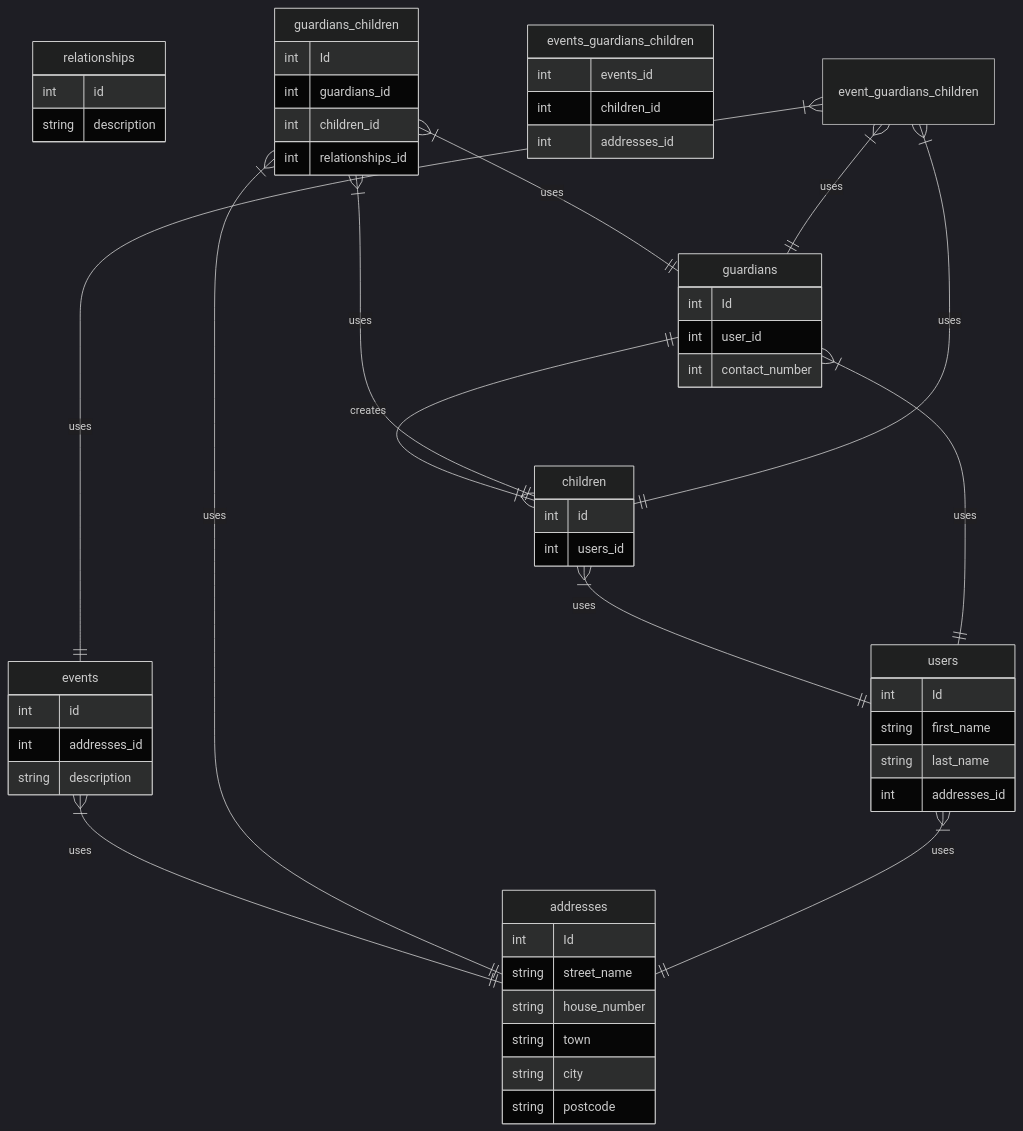
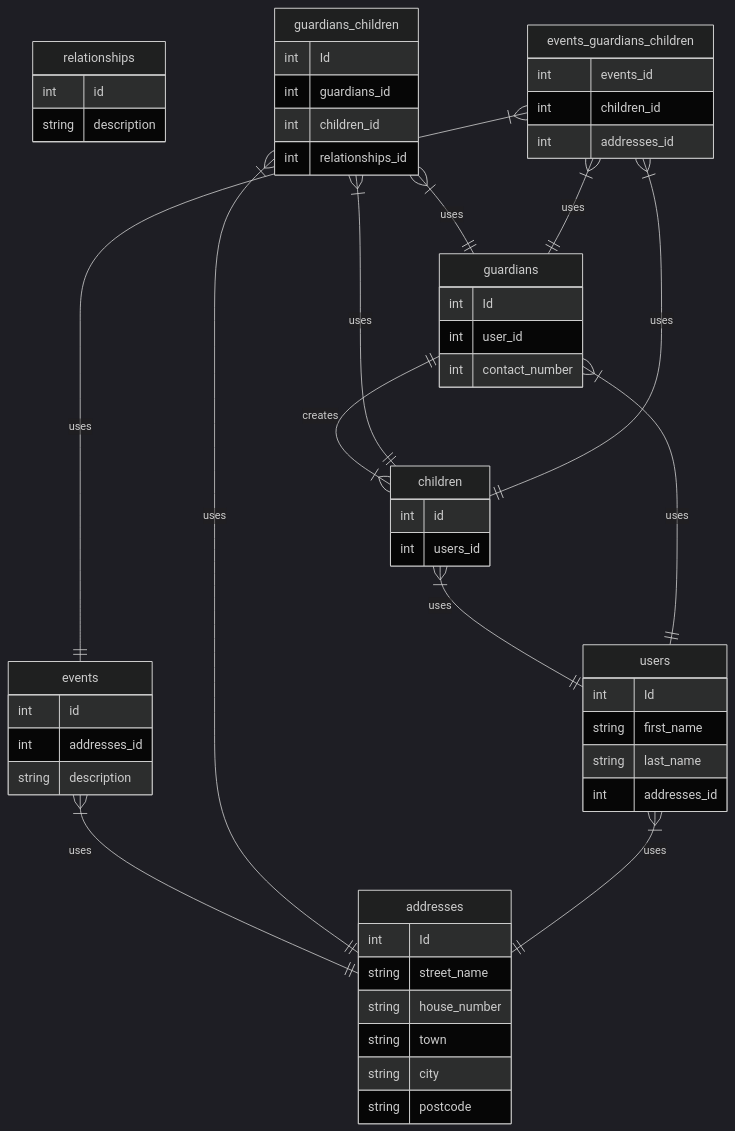
One commit to ChrisUno/Childcare changed the second of 2 diagrams in README.md. Above: the diagram before and after it, drawn with Mermaid.

````diff
--- a/README.md
+++ b/README.md
@@ -59,62 +59,62 @@
 ``` mermaid
 %%{init: {'theme': 'dark' } }%%
 
 erDiagram
 
     guardians {
         int Id
         int user_id
         int contact_number
     }
     relationships {
         int id
         string description
     }
     children {
         int id
         int users_id
     }
     guardians_children {
         int Id
         int guardians_id
         int children_id
         int relationships_id
     }
     events {
         int id
         int addresses_id
         string description
     }
     events_guardians_children {
         int events_id
         int children_id
         int addresses_id
     }
     addresses {
         int Id
         string street_name
         string house_number
         string town
         string city
         string postcode
     }
     users {
         int Id
         string first_name
         string last_name
         int addresses_id
     }
 
     guardians ||--|{ children: "creates"
     children }|--|| users: "uses"
     events }|--|| addresses: "uses"
     guardians }|--|| users: "uses"
     guardians_children }|--|| guardians: "uses"
     guardians_children }|--|| children: "uses"
     guardians_children }|--|| addresses: "uses"
     users }|--|| addresses: "uses"
-    event_guardians_children }|--|| guardians: "uses"
-    event_guardians_children }|--|| events: "uses"
-    event_guardians_children }|--|| children: "uses"
+    events_guardians_children }|--|| guardians: "uses"
+    events_guardians_children }|--|| events: "uses"
+    events_guardians_children }|--|| children: "uses"
 
 ```
````
